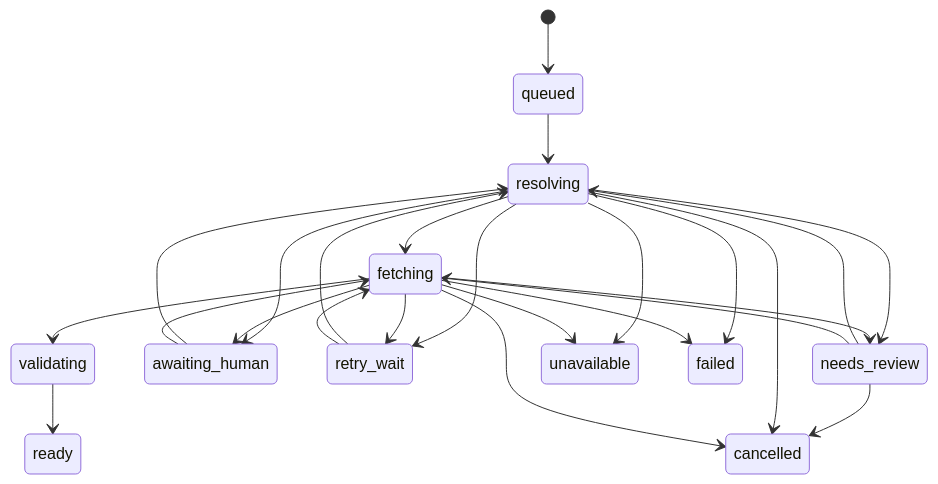
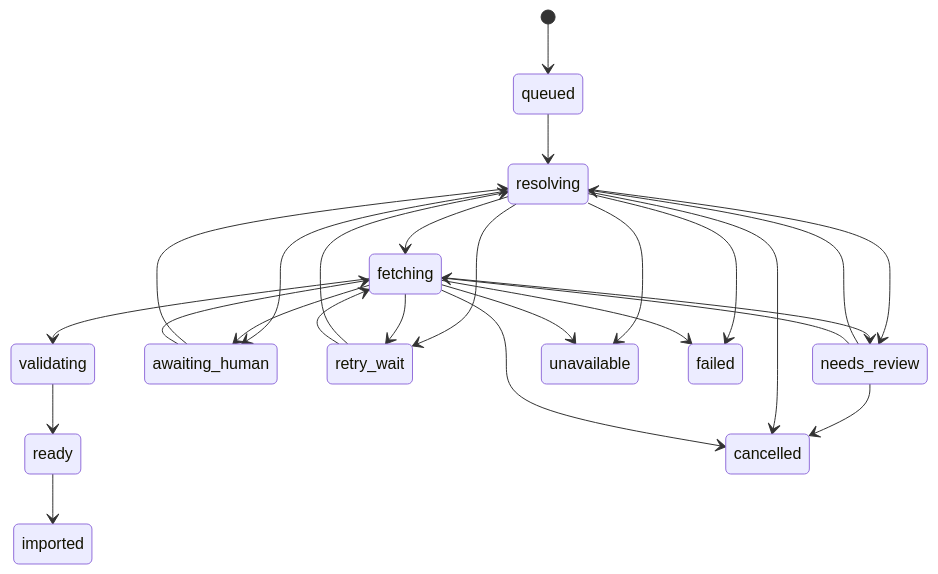
One commit to OrgMentem/papio changed the diagram in docs/concepts/acquisition-pipeline.md. Above: the diagram before and after it, drawn with Mermaid. The commit also changed other lines of this file and 8 other files, not shown here.

````diff
--- a/docs/concepts/acquisition-pipeline.md
+++ b/docs/concepts/acquisition-pipeline.md
@@ -79,31 +79,32 @@
 ```mermaid
 stateDiagram-v2
     [*] --> queued
     queued --> resolving
     resolving --> fetching
     fetching --> validating
     validating --> ready
+    ready --> imported
 
     resolving --> awaiting_human
     fetching --> awaiting_human
     awaiting_human --> resolving
     awaiting_human --> fetching
 
     resolving --> retry_wait
     fetching --> retry_wait
     retry_wait --> resolving
     retry_wait --> fetching
 
     resolving --> needs_review
     fetching --> needs_review
     needs_review --> resolving
     needs_review --> fetching
     needs_review --> cancelled
 
     resolving --> unavailable
     fetching --> unavailable
     resolving --> failed
     fetching --> failed
     resolving --> cancelled
     fetching --> cancelled
 ```
````
